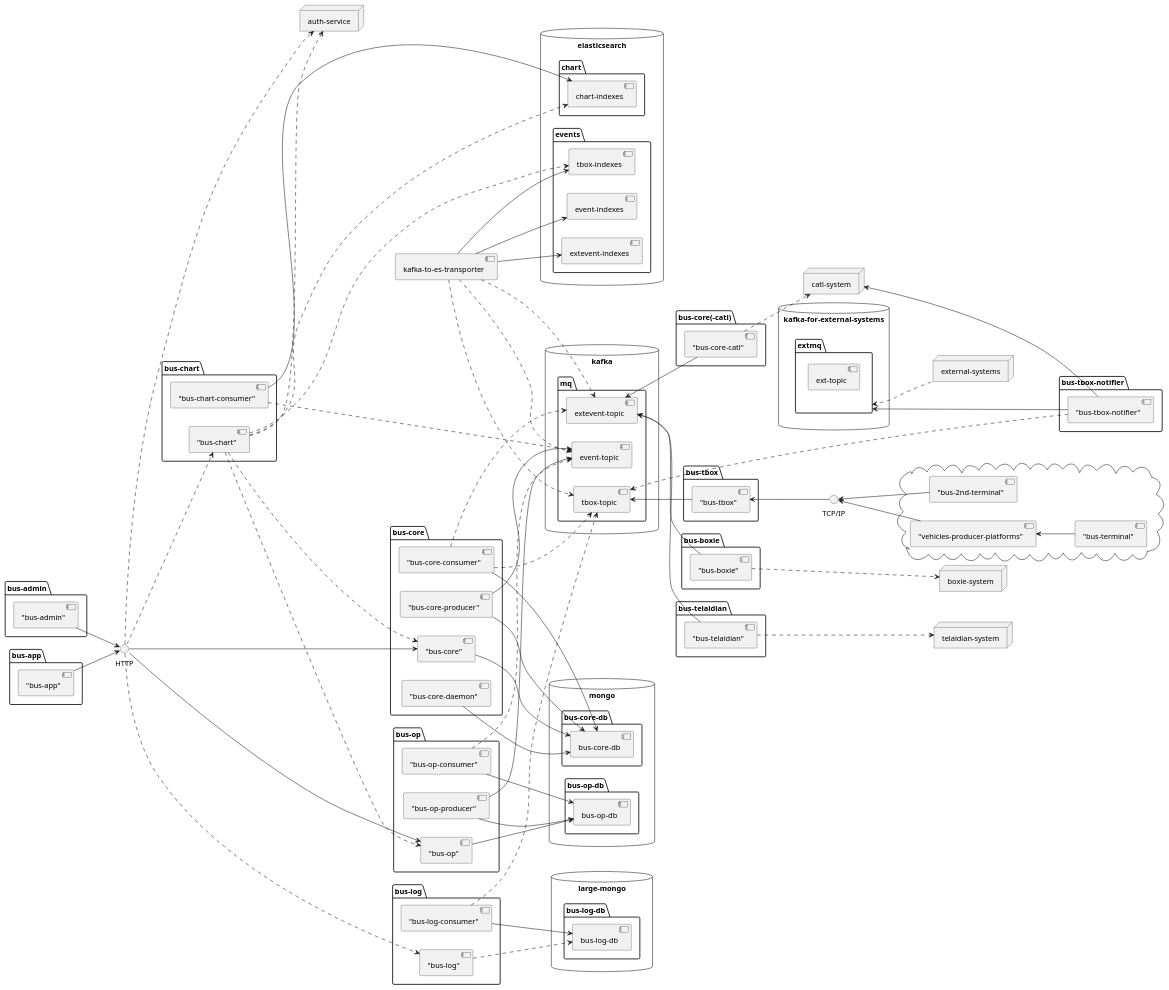
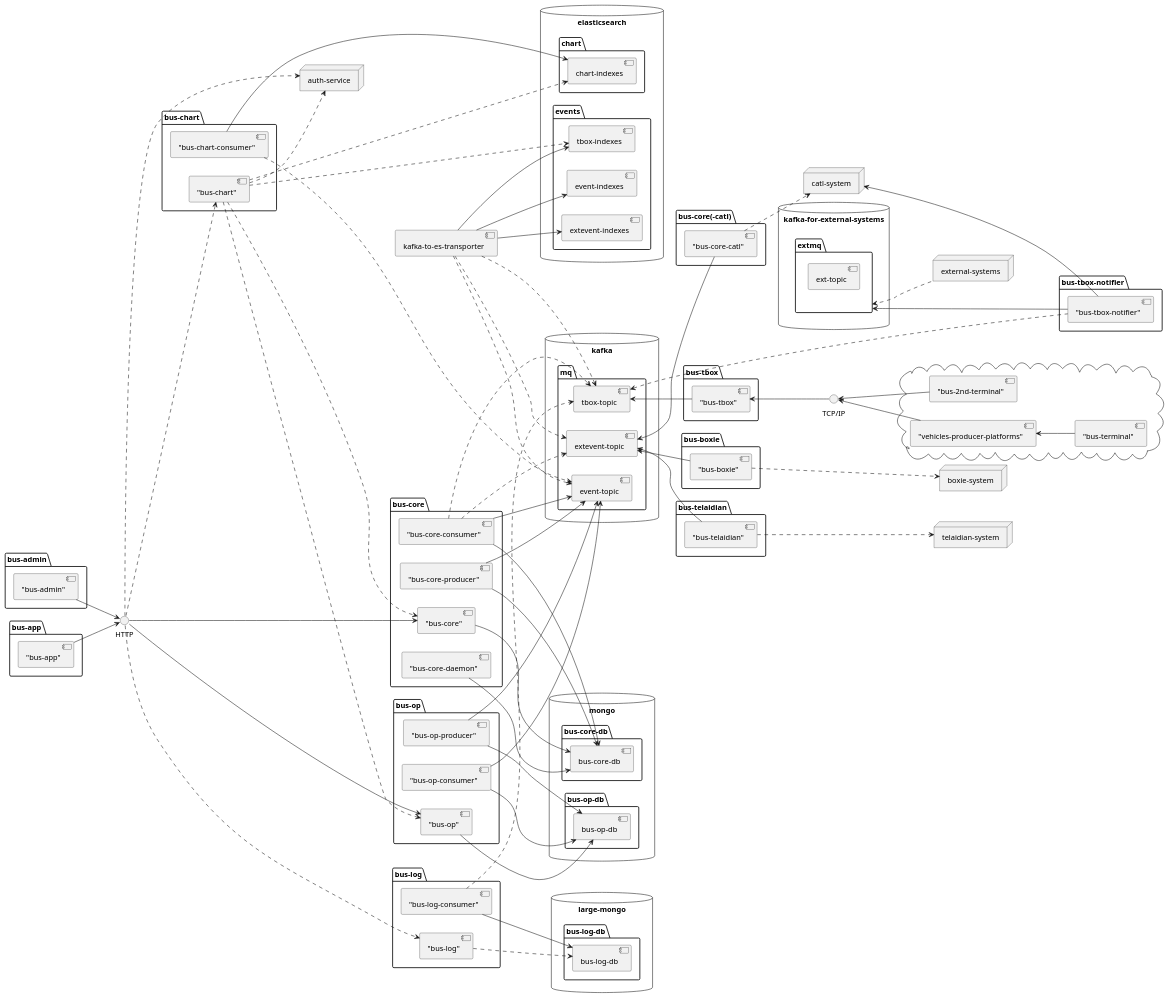
The diagram in arch/component-and-connector.iuml (36node/bus-docs), drawn with PlantUML before and after one commit. The commit also changed 1 other file, not shown here.

```diff
--- a/arch/component-and-connector.iuml
+++ b/arch/component-and-connector.iuml
@@ -1,152 +1,153 @@
 @startuml
 
 left to right direction
 
 interface "TCP/IP" as tcpip
 
 cloud {
     tcpip <-- ["bus-2nd-terminal"]
     tcpip <-- ["vehicles-producer-platforms"]
     ["vehicles-producer-platforms"] <-- ["bus-terminal"]
 }
 
 
 interface "HTTP" as http
 
 database mongo {
     folder "bus-core-db" {
         ["bus-core-db"]
     }
     folder "bus-op-db" {
         ["bus-op-db"]
     }
 }
 
 database "large-mongo" {
     folder "bus-log-db" {
         ["bus-log-db"]
     }
 }
 
 database elasticsearch {
     folder "chart" {
         ["chart-indexes"]
     }
     folder "events" {
         ["tbox-indexes"]
         ["event-indexes"]
         ["extevent-indexes"]
     }
 }
 
 database kafka {
     folder [mq] {
         ["tbox-topic"]
         ["event-topic"]
         ["extevent-topic"]
     }
 }
 
 database "kafka-for-external-systems" {
     folder [extmq] {
         ["ext-topic"]
     }
 }
 
 component "kafka-to-es-transporter" as transporter
 transporter ...> ["tbox-topic"]
 transporter ...> ["event-topic"]
 transporter ...> ["extevent-topic"]
 transporter ---> ["tbox-indexes"]
 transporter ---> ["event-indexes"]
 transporter ---> ["extevent-indexes"]
 
 node "catl-system" as catlsys
 
 package "bus-tbox" {
     ["bus-tbox"] <-- tcpip
     ["tbox-topic"] <-- ["bus-tbox"]
 }
 
 package "bus-core" {      
     ["bus-core-consumer"] ...> ["tbox-topic"]
     ["bus-core-consumer"] ...> ["extevent-topic"]
+    ["bus-core-consumer"] ---> ["event-topic"]
     ["bus-core-consumer"] ---> ["bus-core-db"]
     ["bus-core"] as buscore
     buscore ---> ["bus-core-db"]
     http --> buscore
     ["bus-core-daemon"] ---> ["bus-core-db"]
     ["bus-core-producer"] ---> ["bus-core-db"]
     ["bus-core-producer"] ---> ["event-topic"]
 }
 
 package "bus-core(-catl)" {
     ["bus-core-catl"] ..> catlsys
     ["extevent-topic"] <-- ["bus-core-catl"]
 }
 
 package "bus-op" {
-    ["bus-op-consumer"] ...> ["event-topic"]
+    ["bus-op-consumer"] ---> ["event-topic"]
     ["bus-op-consumer"] ---> ["bus-op-db"]
     ["bus-op"] as busop
     busop ---> ["bus-op-db"]
     http --> busop
     ["bus-op-producer"] ---> ["bus-op-db"]
     ["bus-op-producer"] ---> ["event-topic"]
 }
 
 package "bus-log" {
     ["bus-log-consumer"] ...> ["tbox-topic"]
     ["bus-log-consumer"] ---> ["bus-log-db"]
     ["bus-log"] as buslog
     http ..> buslog
     buslog ...> ["bus-log-db"]
 }
 
 node "auth-service" as authservice
 http ..> authservice
 
 package "bus-chart" {
     ["bus-chart-consumer"] ....> ["event-topic"]
     ["bus-chart-consumer"] -----> ["chart-indexes"]
     ["bus-chart"] as buschart
     http ..> buschart
     buschart .....> ["chart-indexes"]
     buschart .....> ["tbox-indexes"]
     buschart ..> authservice
     buschart ...> buscore
     buschart ...> busop
 }
 
 node "external-systems" as extsys
 extmq <.. extsys
 
 node "boxie-system" as boxiesys
 
 package "bus-boxie" {
     ["bus-boxie"] ...> boxiesys
     ["extevent-topic"] <-- ["bus-boxie"]
 }
 
 node "telaidian-system" as telaidiansys
 
 package "bus-telaidian" {
     ["bus-telaidian"] ...> telaidiansys
     ["extevent-topic"] <-- ["bus-telaidian"] 
 }
 
 package "bus-tbox-notifier" {
     ["tbox-topic"] <.. ["bus-tbox-notifier"]
     catlsys <--- ["bus-tbox-notifier"]
     extmq <--- ["bus-tbox-notifier"]
 }
 
 package "bus-admin" {
     ["bus-admin"] --> http
 }
 
 package "bus-app" {
     ["bus-app"] --> http
 }
 
 @enduml
```
